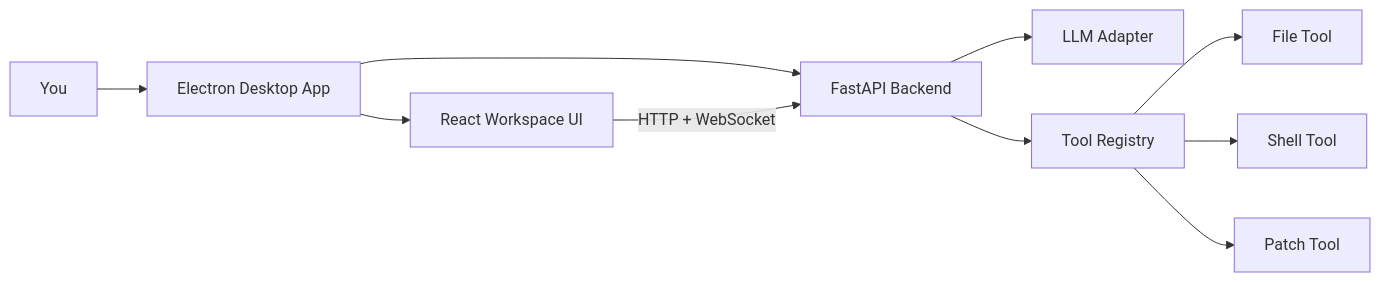
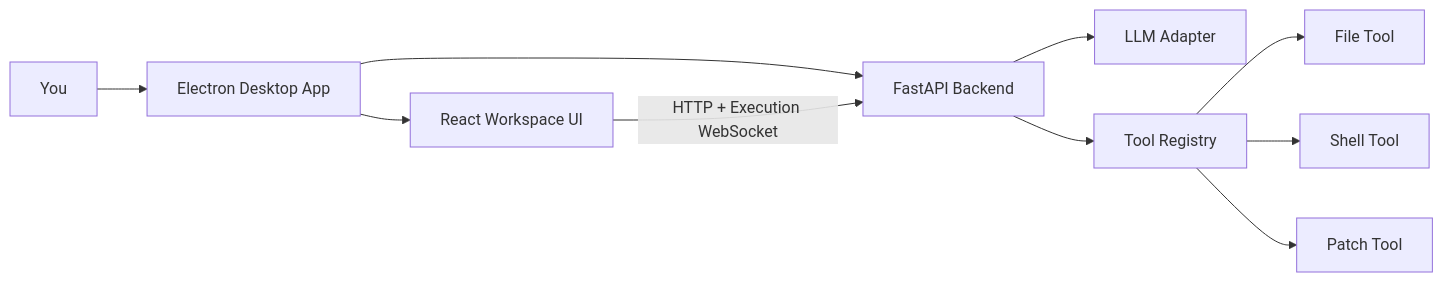
One commit to nanwang-crea/ReflexionOS changed the diagram in README.md. Above: the diagram before and after it, drawn with Mermaid. The commit also changed other lines of this file and 15 other files, not shown here.

````diff
--- a/README.md
+++ b/README.md
@@ -61,12 +61,12 @@
 ```mermaid
 flowchart LR
     U["You"] --> E["Electron Desktop App"]
     E --> F["React Workspace UI"]
     E --> B["FastAPI Backend"]
-    F -->|HTTP + WebSocket| B
+    F -->|HTTP + Execution WebSocket| B
     B --> L["LLM Adapter"]
     B --> T["Tool Registry"]
     T --> T1["File Tool"]
     T --> T2["Shell Tool"]
     T --> T3["Patch Tool"]
 ```
````
